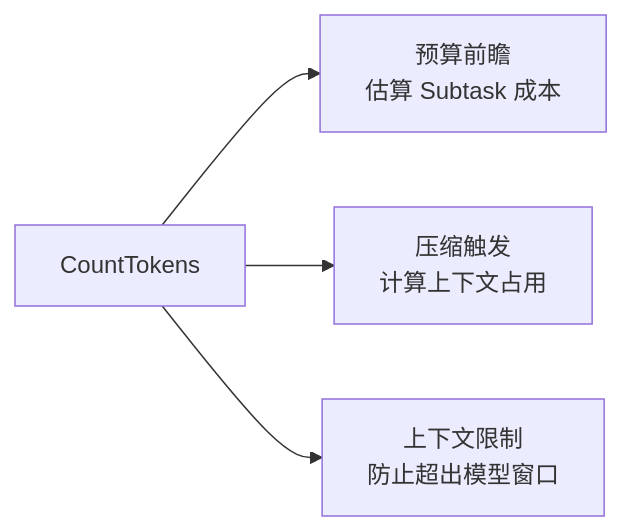
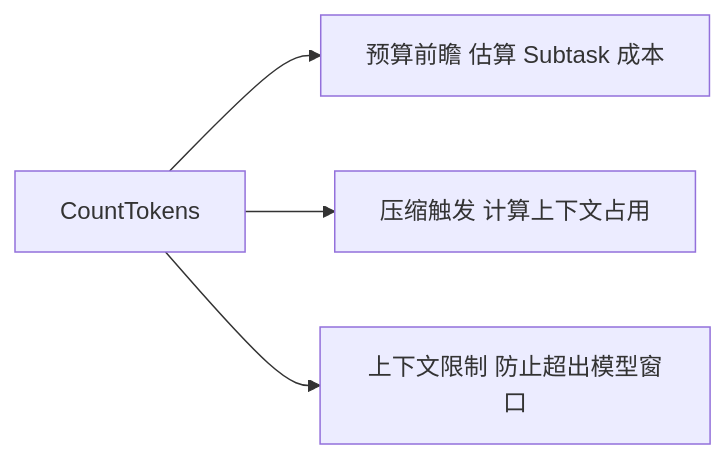
One commit to awesome-flexloop/awesome-okf changed the fourth of 5 diagrams in doc/bundles/jishu/ai/products/open-code-review/concepts/02-llm-providers.md. Above: the diagram before and after it, drawn with Mermaid. The commit also changed other lines of this file and 10 other files, not shown here.

First line of the commit message:
docs(bundle): 清偿 Open Code Review 存量 Mermaid 违规避免规范漂移累积

````diff
--- a/doc/bundles/jishu/ai/products/open-code-review/concepts/02-llm-providers.md
+++ b/doc/bundles/jishu/ai/products/open-code-review/concepts/02-llm-providers.md
@@ -734,6 +729,6 @@
 ```mermaid
 graph LR
-    CountTokens["CountTokens"] --> Budget["预算前瞻<br/>估算 Subtask 成本"]
-    CountTokens --> Compress["压缩触发<br/>计算上下文占用"]
-    CountTokens --> Limit["上下文限制<br/>防止超出模型窗口"]
+    CountTokens["CountTokens"] --> Budget["预算前瞻 估算 Subtask 成本"]
+    CountTokens --> Compress["压缩触发 计算上下文占用"]
+    CountTokens --> Limit["上下文限制 防止超出模型窗口"]
 ```
````
